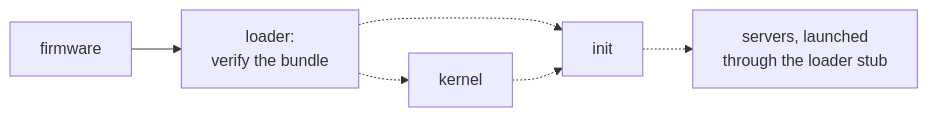
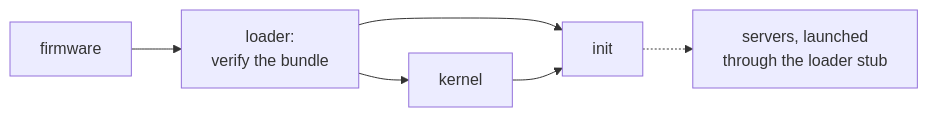
One commit to sirmick/redoubt changed the fifth of 7 diagrams in docs/kernel/boot.md. Above: the diagram before and after it, drawn with Mermaid. The commit also changed other lines of this file and 105 other files, not shown here.

````diff
--- a/docs/kernel/boot.md
+++ b/docs/kernel/boot.md
@@ -274,8 +270,8 @@
 ```mermaid
 flowchart LR
     F[firmware] --> L[loader:<br/>verify the bundle]
-    L -.-> K[kernel]
-    L -.-> I[init]
-    K -.-> I
+    L --> K[kernel]
+    L --> I[init]
+    K --> I
     I -.-> S[servers, launched<br/>through the loader stub]
 ```
````
